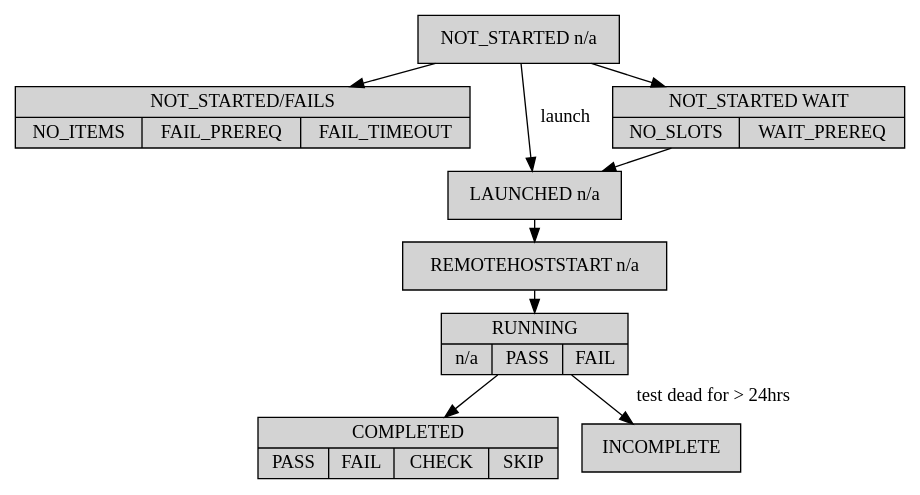
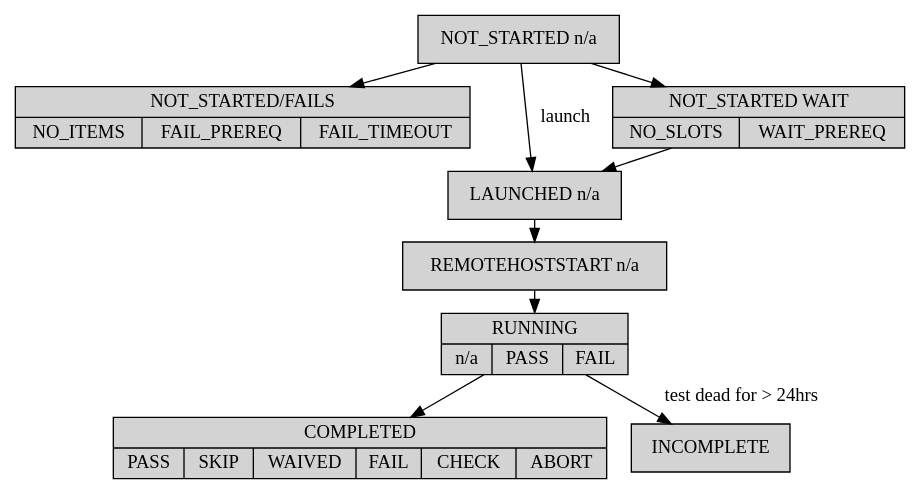
One commit to kiatoa/megatest changed the diagram in docs/megatest-state-status.dot. Above: the diagram before and after it, drawn with Graphviz. The commit also changed 2 other files, not shown here.

Commit message:
Minor update to state/status graph diagram

```diff
--- a/docs/megatest-state-status.dot
+++ b/docs/megatest-state-status.dot
@@ -1,46 +1,46 @@
 digraph megatest_state_status {
   ranksep=0.05
   // rankdir=LR
 
 node [shape=box,style=filled];
 
 // subgraph cluster_notstarted {
 //   label="Not started";
 
   "NOT_STARTED FAILS" [
   label = "{ NOT_STARTED/FAILS |{ NO_ITEMS |<here> FAIL_PREREQ |<here> FAIL_TIMEOUT }}";
   shape= "record";
   ]
 
 "NOT_STARTED n/a" -> "LAUNCHED n/a" [label=" launch"];
 "NOT_STARTED WAIT" -> "LAUNCHED n/a"
 
   "NOT_STARTED n/a";
   "NOT_STARTED WAIT" [
   label = "{NOT_STARTED WAIT|{ NO_SLOTS | <here> WAIT_PREREQ}}";
   shape = "record";
 ]
 
 // struct3 [shape=record,label="hello\nworld |{ b |{c|<here> d|e}| f}| g | h"];
 
   "NOT_STARTED n/a" -> "NOT_STARTED FAILS";
   "NOT_STARTED n/a" -> "NOT_STARTED WAIT";
 
   "RUNNING" [
      shape="record";
      label="{RUNNING|{n/a|<here> PASS |<here> FAIL}}";
   ]
 
   "COMPLETED" [
       shape="record";
-      label = "{COMPLETED|{PASS | <here> FAIL |<here> CHECK|<here> SKIP}}";
+      label = "{COMPLETED|{PASS | SKIP | WAIVED | FAIL | CHECK| ABORT}}";
   ]
 
 
 "RUNNING" -> "COMPLETED";
 "RUNNING" -> "INCOMPLETE" [label="test dead for > 24hrs"];
 
 
 "LAUNCHED n/a" -> "REMOTEHOSTSTART n/a" -> "RUNNING";
 
 }
```
